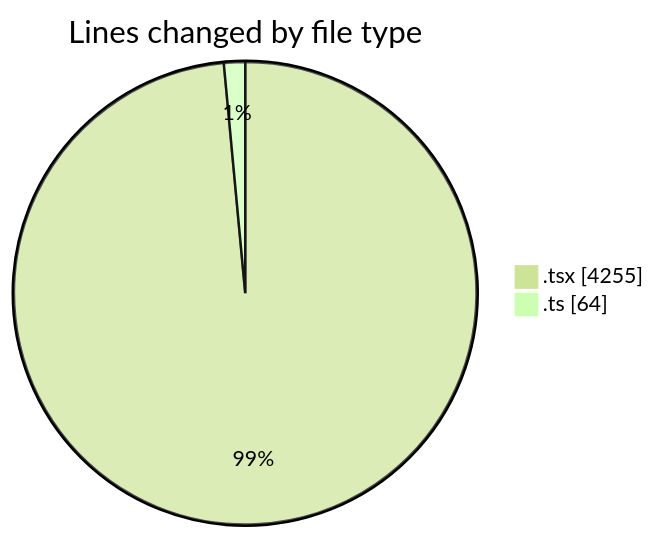
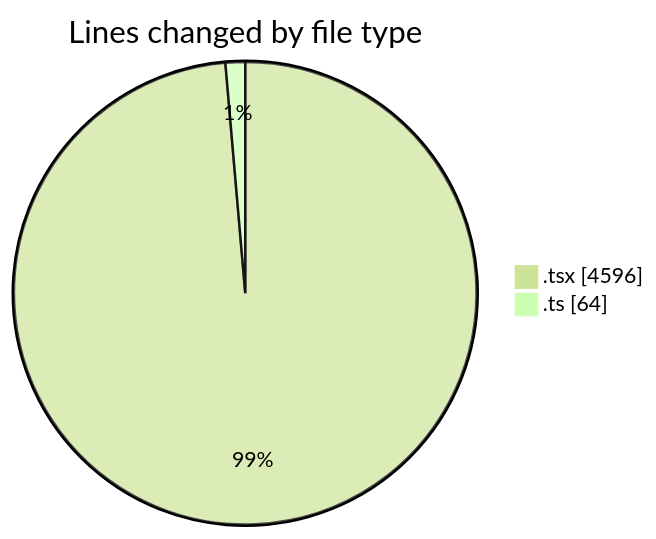
One commit to nxtqubesakshisongat/code-tracking changed the first of 2 diagrams in 2026-04-09/airfeed-analytics-dashboard/README.md. Above: the diagram before and after it, drawn with Mermaid (forest theme). The commit also changed other lines of this file and 1 other file, not shown here.

````diff
--- a/2026-04-09/airfeed-analytics-dashboard/README.md
+++ b/2026-04-09/airfeed-analytics-dashboard/README.md
@@ -35,6 +35,6 @@
 ```mermaid
 pie showData
 title Lines changed by file type
-".tsx" : 4255
+".tsx" : 4596
 ".ts" : 64
 ```
````
